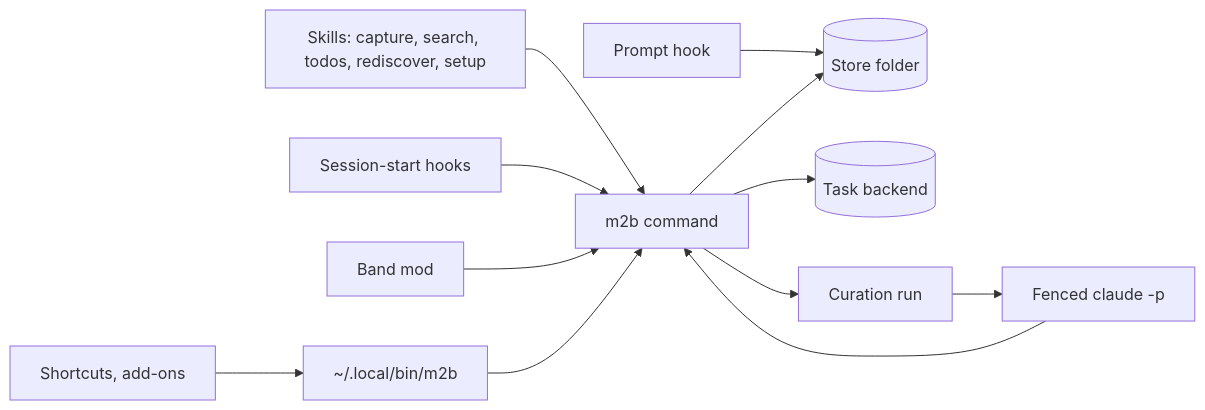
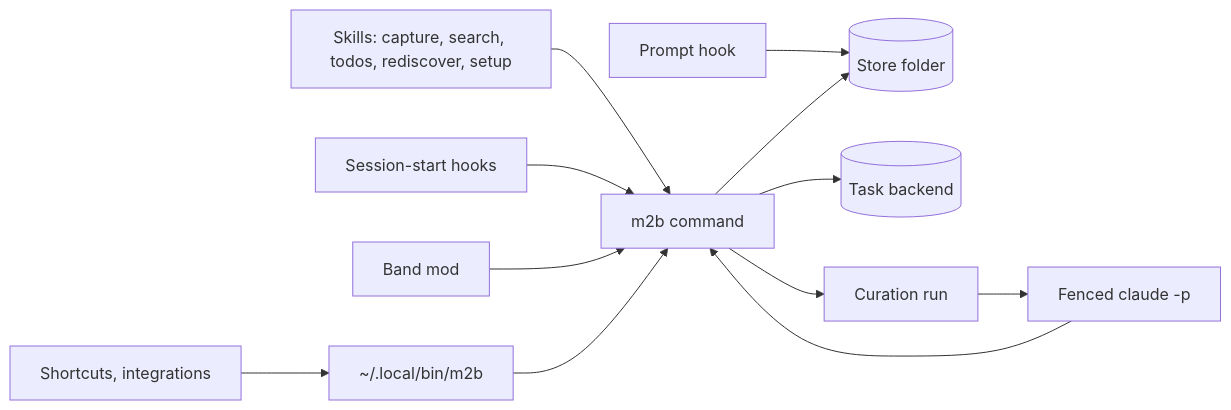
The diagram in docs/architecture.md (Kolibee-GmbH/m2b), drawn with Mermaid before and after one commit. The commit also changed other lines of this file and 111 other files, not shown here.

Commit message:
feat(addons): m2b 0.2.0, add-ons and integrations (#5)

````diff
--- a/docs/architecture.md
+++ b/docs/architecture.md
@@ -10,12 +10,12 @@
 ```mermaid
 flowchart LR
   skills[Skills: capture, search, todos, rediscover, setup] --> cli[m2b command]
   hooks[Session-start hooks] --> cli
   prompt[Prompt hook] --> store
   band[Band mod] --> cli
-  outside[Shortcuts, add-ons] --> launcher["~/.local/bin/m2b"] --> cli
+  outside[Shortcuts, integrations] --> launcher["~/.local/bin/m2b"] --> cli
   cli --> store[(Store folder)]
   cli --> tasks[(Task backend)]
   cli --> runner[Curation run]
   runner --> fenced[Fenced claude -p] --> cli
 ```
````
